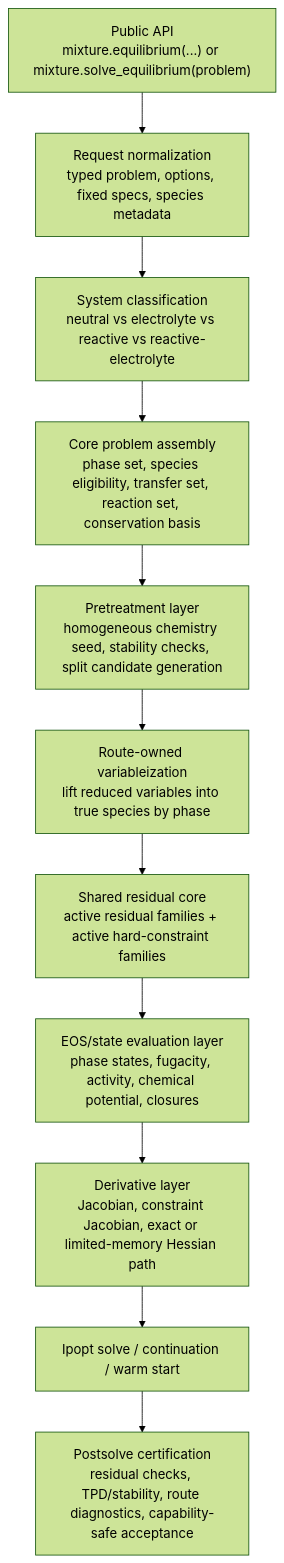
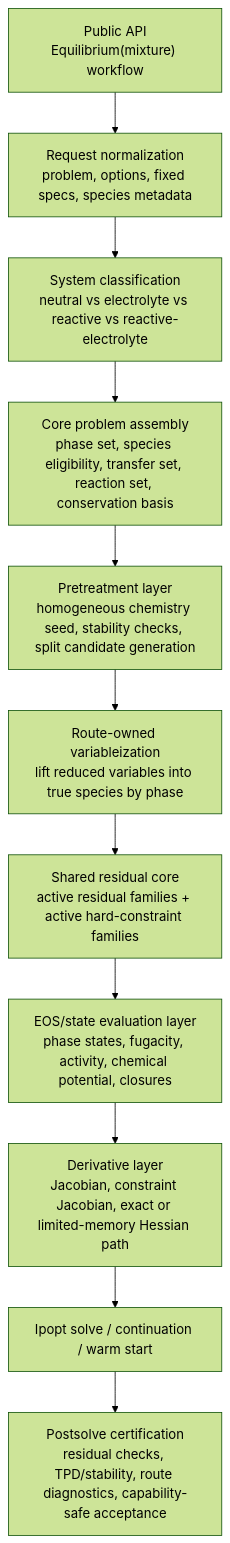
Before and after one commit to tannerpolley/ePC-SAFT-lab: the first of 4 diagrams in docs/roadmaps/unified_equilibrium_core_algorithm.md, drawn with Mermaid (forest theme). The commit also changed other lines of this file and 123 other files, not shown here.

````diff
--- a/docs/roadmaps/unified_equilibrium_core_algorithm.md
+++ b/docs/roadmaps/unified_equilibrium_core_algorithm.md
@@ -82,13 +82,13 @@
 ```mermaid
 flowchart TD
-    A["Public API<br/>mixture.equilibrium(...) or mixture.solve_equilibrium(problem)"] --> B["Request normalization<br/>typed problem, options, fixed specs, species metadata"]
+    A["Public API<br/>Equilibrium(mixture) workflow"] --> B["Request normalization<br/>problem, options, fixed specs, species metadata"]
     B --> C["System classification<br/>neutral vs electrolyte vs reactive vs reactive-electrolyte"]
     C --> D["Core problem assembly<br/>phase set, species eligibility, transfer set, reaction set, conservation basis"]
     D --> E["Pretreatment layer<br/>homogeneous chemistry seed, stability checks, split candidate generation"]
     E --> F["Route-owned variableization<br/>lift reduced variables into true species by phase"]
     F --> G["Shared residual core<br/>active residual families + active hard-constraint families"]
     G --> H["EOS/state evaluation layer<br/>phase states, fugacity, activity, chemical potential, closures"]
     H --> I["Derivative layer<br/>Jacobian, constraint Jacobian, exact or limited-memory Hessian path"]
     I --> J["Ipopt solve / continuation / warm start"]
     J --> K["Postsolve certification<br/>residual checks, TPD/stability, route diagnostics, capability-safe acceptance"]
 ```
````
